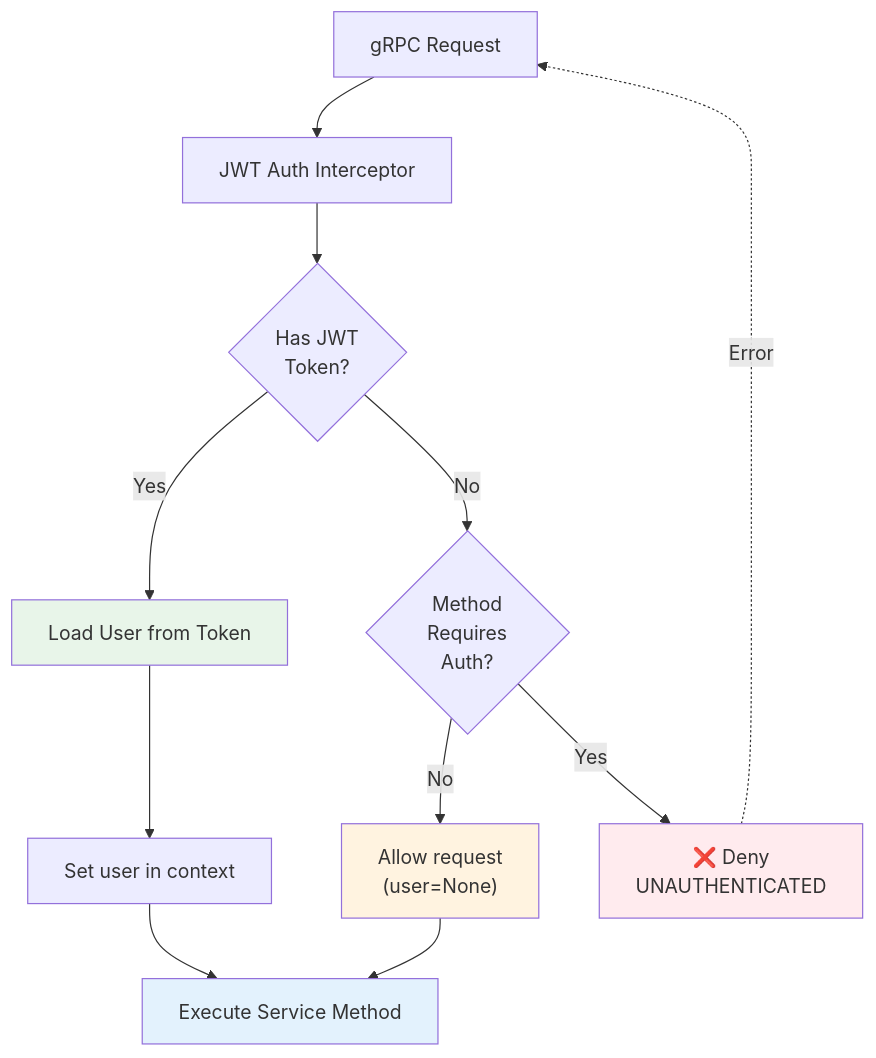
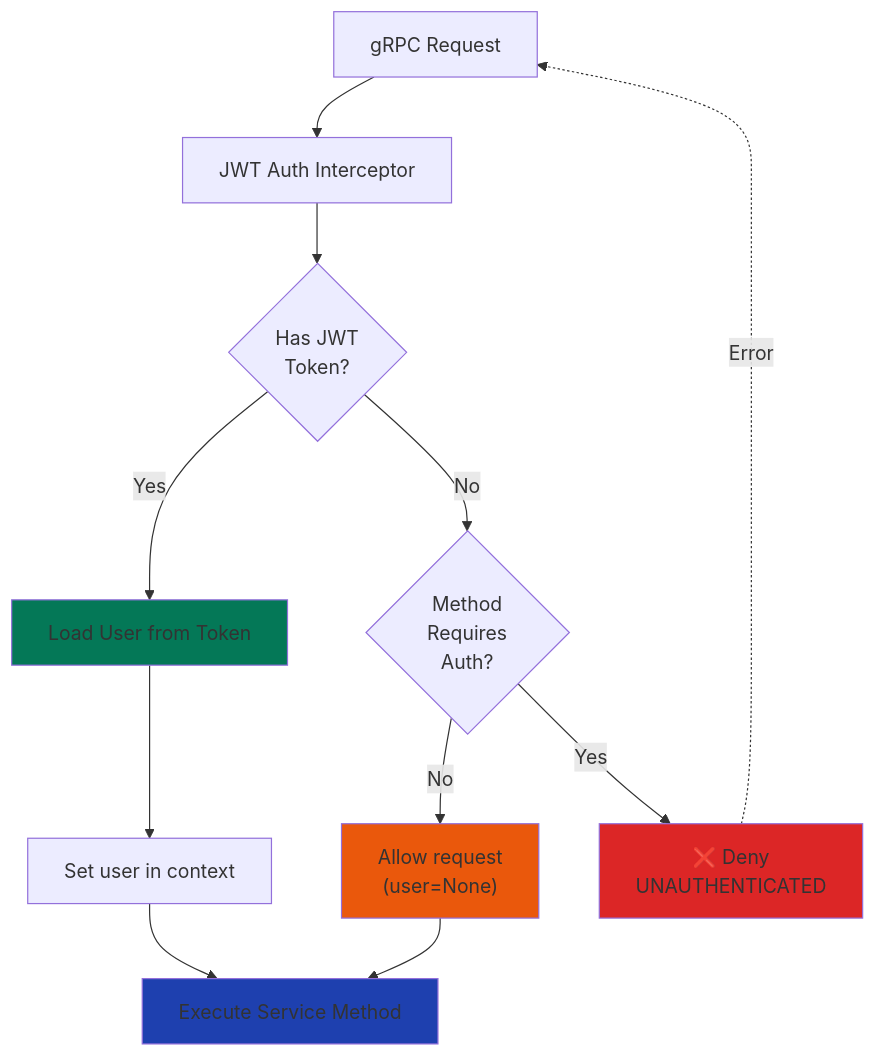
One commit to markolofsen/django-cfg changed the eighth of 12 diagrams in docs/features/integrations/grpc/architecture.md. Above: the diagram before and after it, drawn with Mermaid. The commit also changed other lines of this file and 10 other files, not shown here.

````diff
--- a/docs/features/integrations/grpc/architecture.md
+++ b/docs/features/integrations/grpc/architecture.md
@@ -404,36 +403,36 @@
 ```mermaid
 graph TB
     Request["gRPC Request"]
     AuthInterceptor["JWT Auth Interceptor"]
 
     Decision{Has JWT<br/>Token?}
 
     Public{Method<br/>Requires<br/>Auth?}
 
     LoadUser["Load User from Token"]
     SetContext["Set user in context"]
     AllowPublic["Allow request<br/>(user=None)"]
     Deny["❌ Deny<br/>UNAUTHENTICATED"]
 
     Service["Execute Service Method"]
 
     Request --> AuthInterceptor
     AuthInterceptor --> Decision
 
     Decision -->|Yes| LoadUser
     Decision -->|No| Public
 
     Public -->|No| AllowPublic
     Public -->|Yes| Deny
 
     LoadUser --> SetContext
     SetContext --> Service
     AllowPublic --> Service
 
     Deny -.->|Error| Request
 
-    style LoadUser fill:#e8f5e9
-    style AllowPublic fill:#fff3e0
-    style Deny fill:#ffebee
-    style Service fill:#e3f2fd
+    style LoadUser fill:#047857
+    style AllowPublic fill:#ea580c
+    style Deny fill:#dc2626
+    style Service fill:#1e40af
 ```
````
